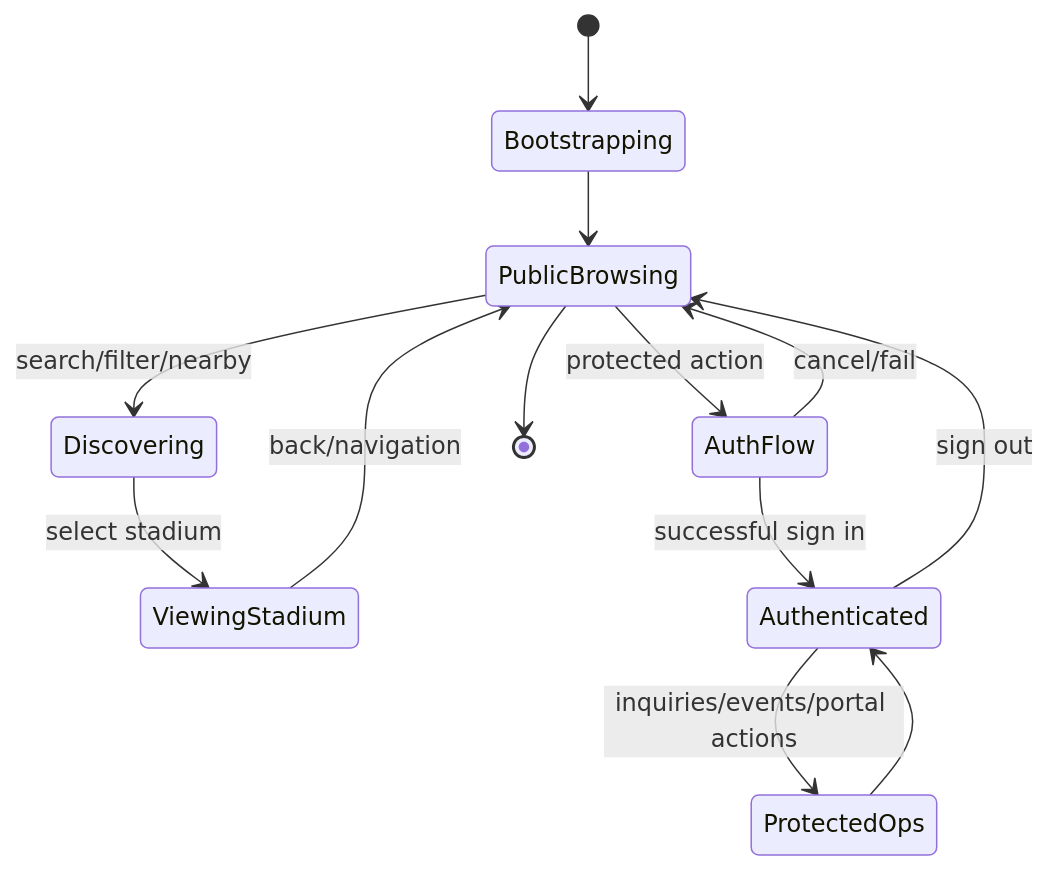
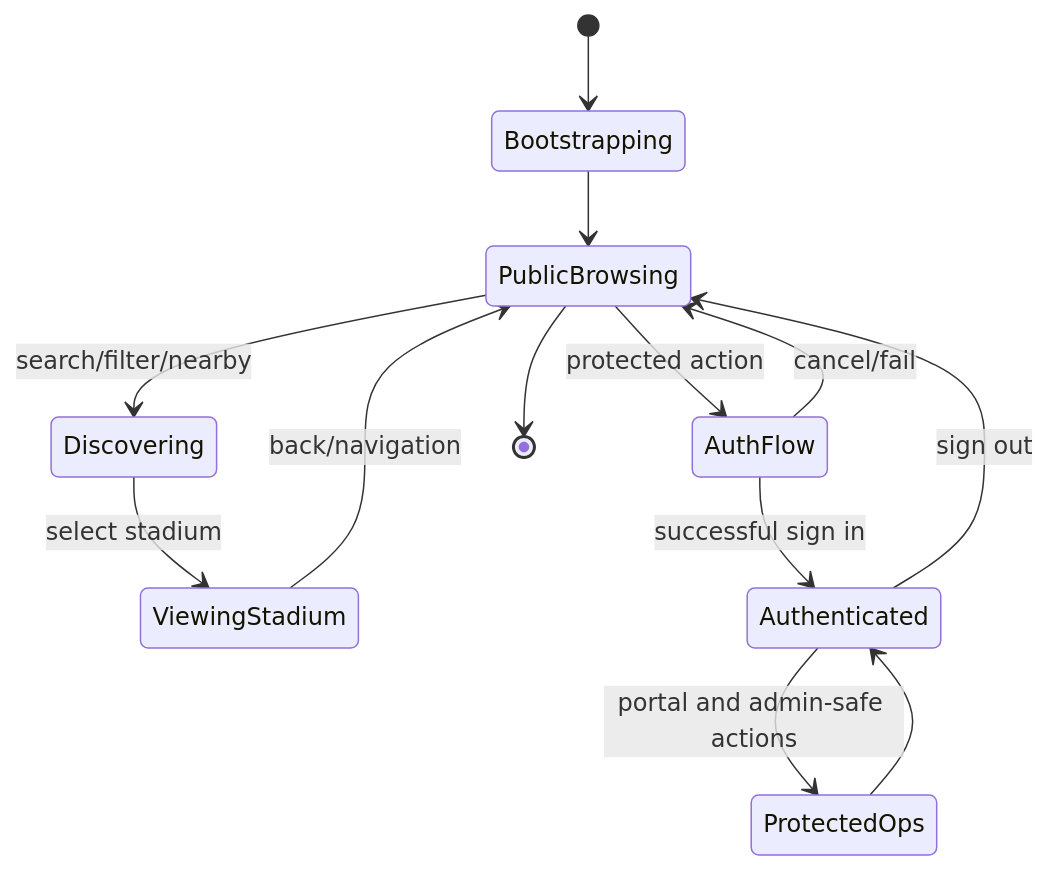
Before and after one commit to Prakshit0902/InStadiumApp: diagram 12 of 15 in README.md, drawn with Mermaid. The commit also changed other lines of this file, not shown here.

Commit message:
functional mindmap updated

````diff
--- a/README.md
+++ b/README.md
@@ -404,19 +357,19 @@
 ```mermaid
 stateDiagram-v2
       [*] --> Bootstrapping
       Bootstrapping --> PublicBrowsing
 
       PublicBrowsing --> Discovering: search/filter/nearby
       Discovering --> ViewingStadium: select stadium
       ViewingStadium --> PublicBrowsing: back/navigation
 
       PublicBrowsing --> AuthFlow: protected action
       AuthFlow --> Authenticated: successful sign in
       AuthFlow --> PublicBrowsing: cancel/fail
 
-      Authenticated --> ProtectedOps: inquiries/events/portal actions
+      Authenticated --> ProtectedOps: portal and admin-safe actions
       ProtectedOps --> Authenticated
       Authenticated --> PublicBrowsing: sign out
 
       PublicBrowsing --> [*]
 ```
````
